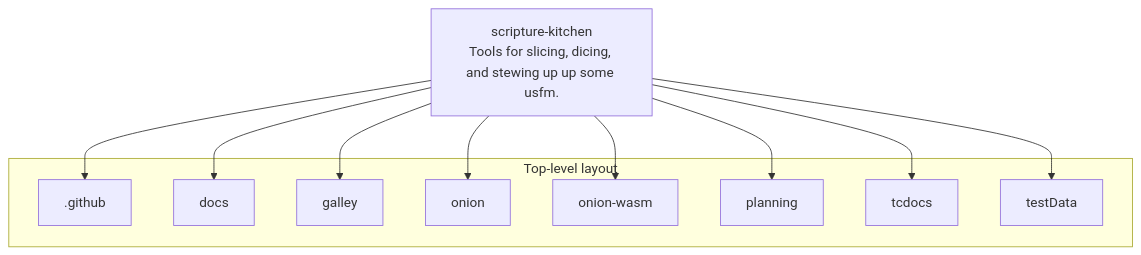
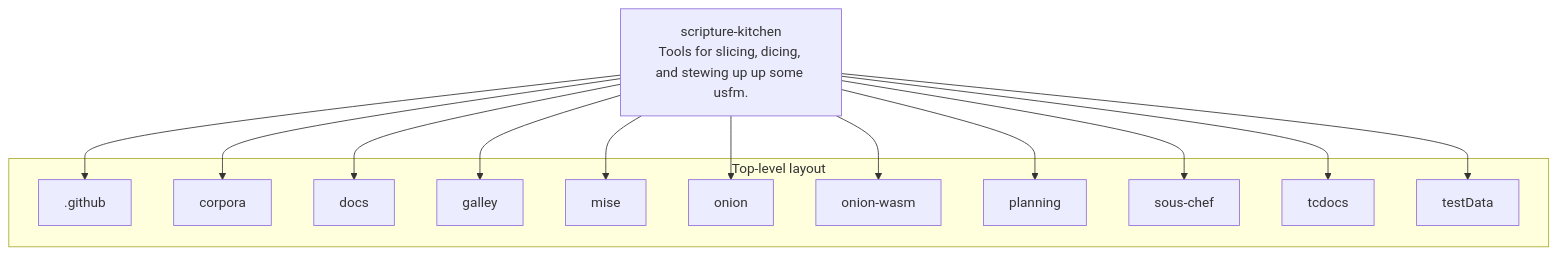
Before and after one commit to AnonymousWalker/project-repos-diagram: the second of 3 diagrams in architecture/WycliffeAssociates/scripture-kitchen-architecture.md, drawn with Mermaid. The commit also changed other lines of this file and 3 other files, not shown here.

Commit message:
chore: refresh architecture diagrams

````diff
--- a/architecture/WycliffeAssociates/scripture-kitchen-architecture.md
+++ b/architecture/WycliffeAssociates/scripture-kitchen-architecture.md
@@ -44,24 +50,30 @@
 ```mermaid
 flowchart TB
   Root["scripture-kitchen<br/>Tools for slicing, dicing, and stewing up up some usfm."]
 
   subgraph structure["Top-level layout"]
     D0[".github"]
-    D1["docs"]
-    D2["galley"]
-    D3["onion"]
-    D4["onion-wasm"]
-    D5["planning"]
-    D6["tcdocs"]
-    D7["testData"]
+    D1["corpora"]
+    D2["docs"]
+    D3["galley"]
+    D4["mise"]
+    D5["onion"]
+    D6["onion-wasm"]
+    D7["planning"]
+    D8["sous-chef"]
+    D9["tcdocs"]
+    D10["testData"]
   end
 
   Root --> D0
   Root --> D1
   Root --> D2
   Root --> D3
   Root --> D4
   Root --> D5
   Root --> D6
   Root --> D7
+  Root --> D8
+  Root --> D9
+  Root --> D10
 ```
````
